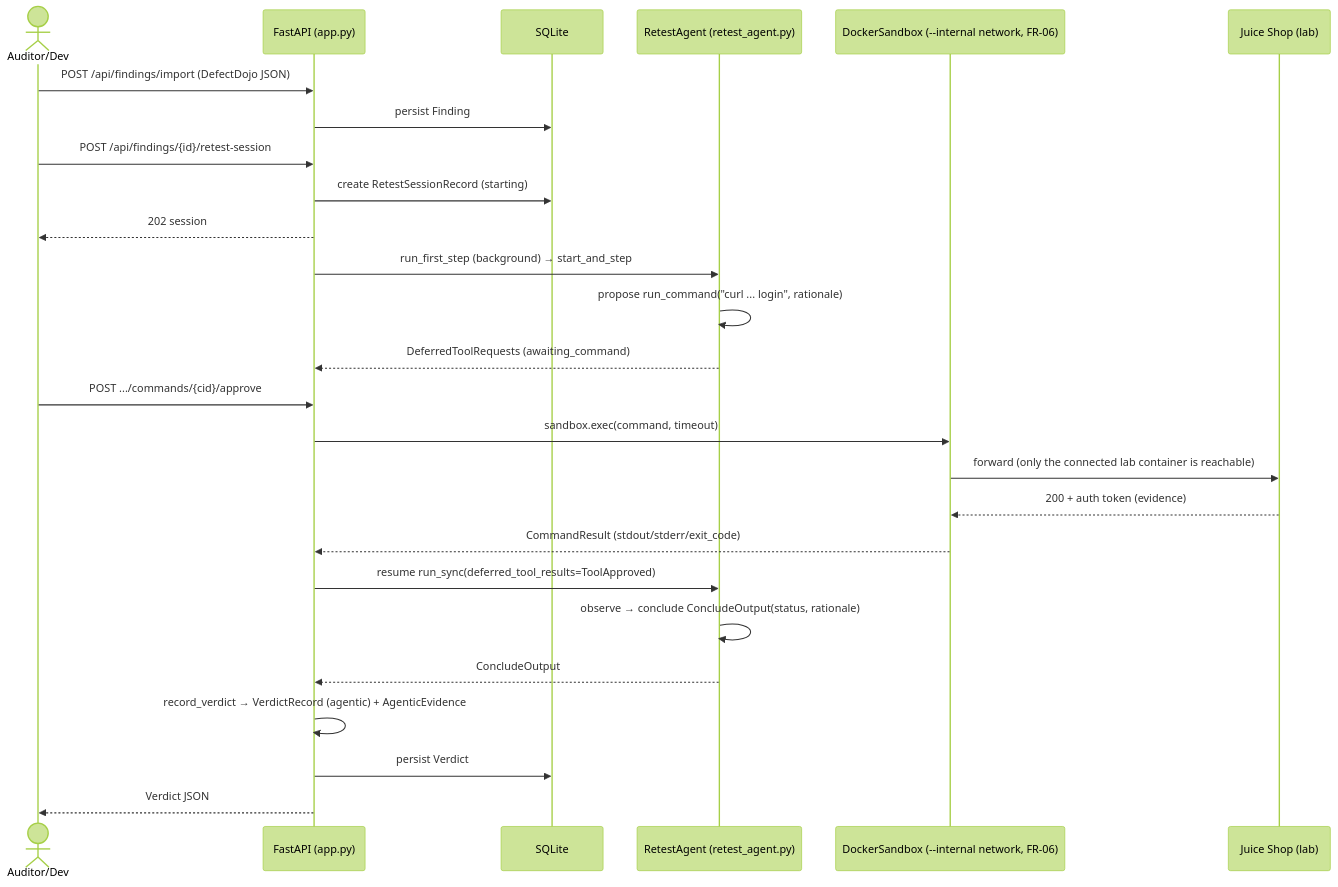
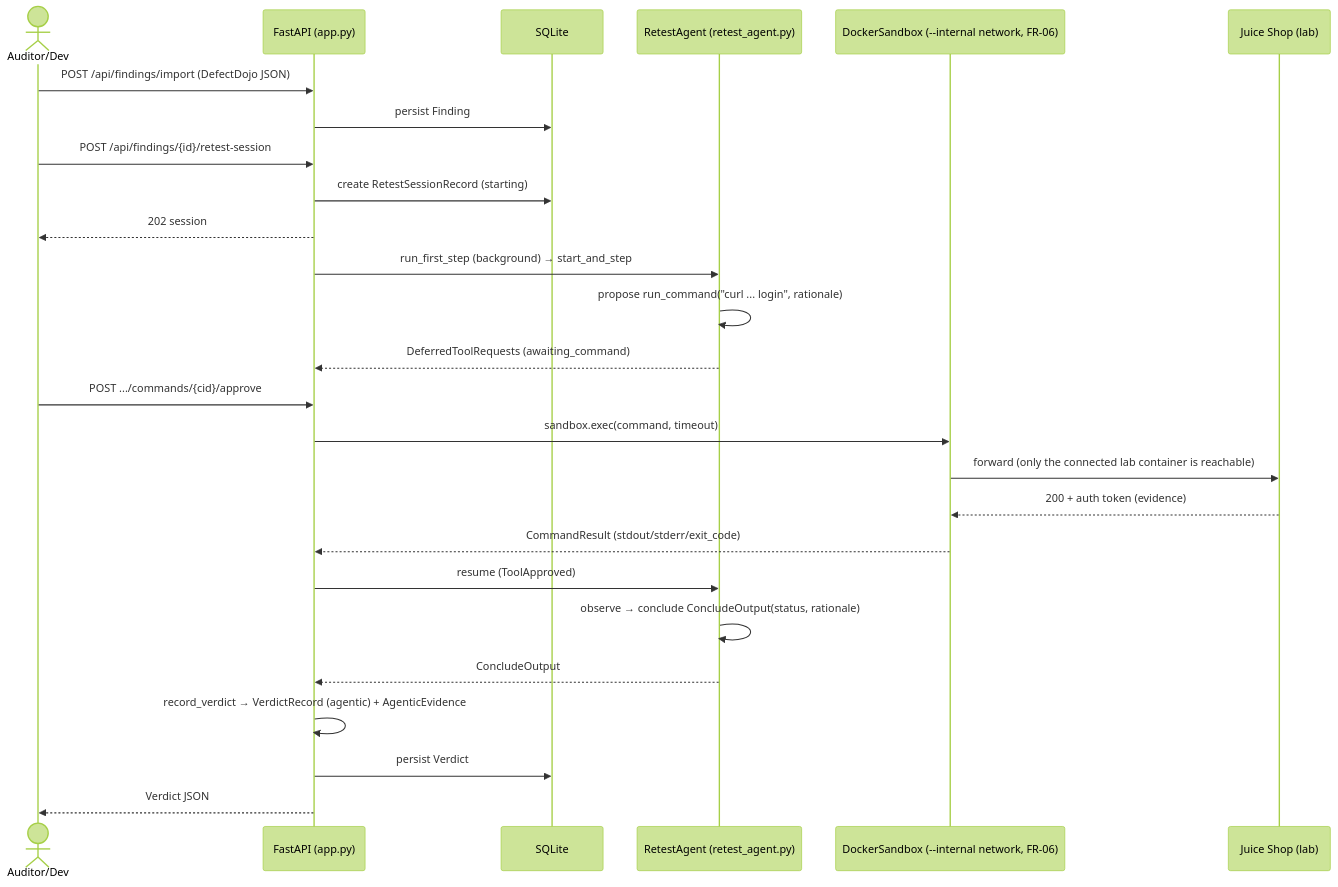
One commit to SelfishCoconut/revalid changed the fifth of 8 diagrams in docs/architecture/c4.md. Above: the diagram before and after it, drawn with Mermaid (forest theme). The commit also changed other lines of this file and 14 other files, not shown here.

First line of the commit message:
docs(thesis): add the Design chapter, with figures generated from the architecture docs (#199)

````diff
--- a/docs/architecture/c4.md
+++ b/docs/architecture/c4.md
@@ -216,29 +249,29 @@
 ```mermaid
 sequenceDiagram
     actor Dev as Auditor/Dev
     participant API as FastAPI (app.py)
     participant DB as SQLite
     participant Agent as RetestAgent (retest_agent.py)
     participant SB as DockerSandbox (--internal network, FR-06)
     participant Lab as Juice Shop (lab)
 
     Dev->>API: POST /api/findings/import (DefectDojo JSON)
     API->>DB: persist Finding
     Dev->>API: POST /api/findings/{id}/retest-session
     API->>DB: create RetestSessionRecord (starting)
     API-->>Dev: 202 session
     API->>Agent: run_first_step (background) → start_and_step
     Agent->>Agent: propose run_command("curl ... login", rationale)
     Agent-->>API: DeferredToolRequests (awaiting_command)
     Dev->>API: POST .../commands/{cid}/approve
     API->>SB: sandbox.exec(command, timeout)
     SB->>Lab: forward (only the connected lab container is reachable)
     Lab-->>SB: 200 + auth token  (evidence)
     SB-->>API: CommandResult (stdout/stderr/exit_code)
-    API->>Agent: resume run_sync(deferred_tool_results=ToolApproved)
+    API->>Agent: resume (ToolApproved)
     Agent->>Agent: observe → conclude ConcludeOutput(status, rationale)
     Agent-->>API: ConcludeOutput
     API->>API: record_verdict → VerdictRecord (agentic) + AgenticEvidence
     API->>DB: persist Verdict
     API-->>Dev: Verdict JSON
 ```
````
